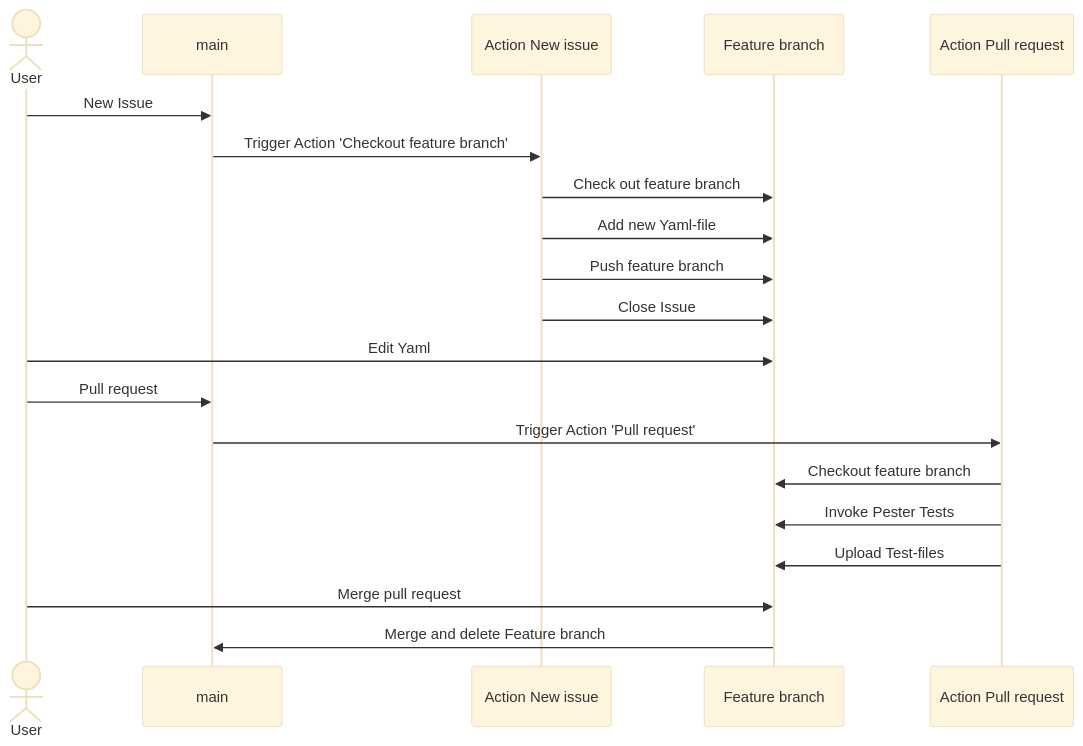
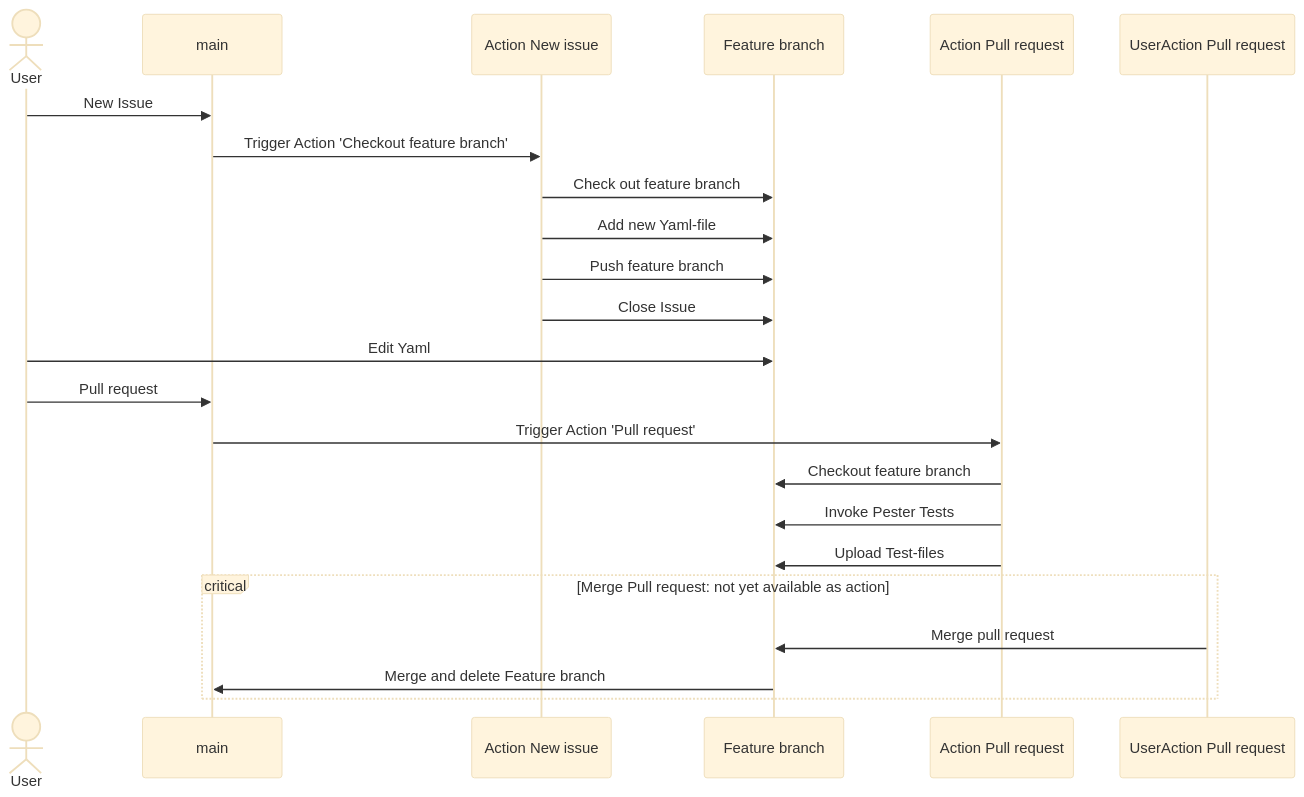
One commit to tinuwalther/actionstest changed the diagram in README.md. Above: the diagram before and after it, drawn with Mermaid (base theme).

`````diff
--- a/README.md
+++ b/README.md
@@ -9,18 +9,20 @@
 ````mermaid
 sequenceDiagram
     actor User
     User->>main: New Issue
     main->>Action New issue: Trigger Action 'Checkout feature branch'
     Action New issue->>Feature branch: Check out feature branch
     Action New issue->>Feature branch: Add new Yaml-file
     Action New issue->>Feature branch: Push feature branch
     Action New issue->>Feature branch: Close Issue
     User->>Feature branch: Edit Yaml
     User->>main: Pull request
     main->>Action Pull request: Trigger Action 'Pull request'
     Action Pull request->>Feature branch: Checkout feature branch
     Action Pull request->>Feature branch: Invoke Pester Tests
     Action Pull request->>Feature branch: Upload Test-files
-    User->>Feature branch: Merge pull request
-    Feature branch->>main: Merge and delete Feature branch
+    critical Merge Pull request: not yet available as action
+      UserAction Pull request->>Feature branch: Merge pull request
+      Feature branch->>main: Merge and delete Feature branch
+    end
 ````
`````
